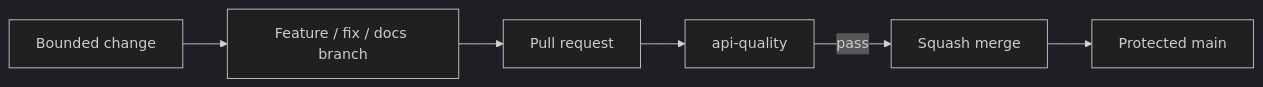
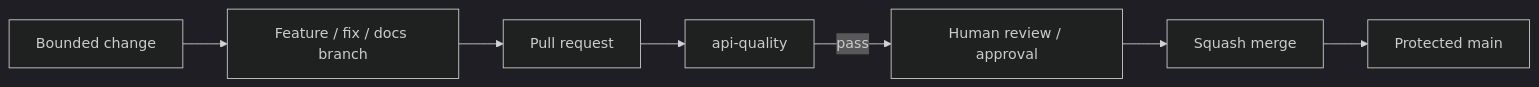
The fourth of 4 diagrams in README.md (kumarchandansingh/tropos), drawn with Mermaid (dark theme) before and after one commit. The commit also changed other lines of this file and 11 other files, not shown here.

````diff
--- a/README.md
+++ b/README.md
@@ -119,8 +138,9 @@
 ```mermaid
 flowchart LR
     W[Bounded change] --> B[Feature / fix / docs branch]
     B --> PR[Pull request]
     PR --> CI[api-quality]
-    CI -->|pass| M[Squash merge]
+    CI -->|pass| Review[Human review / approval]
+    Review --> M[Squash merge]
     M --> Main[Protected main]
 ```
````
